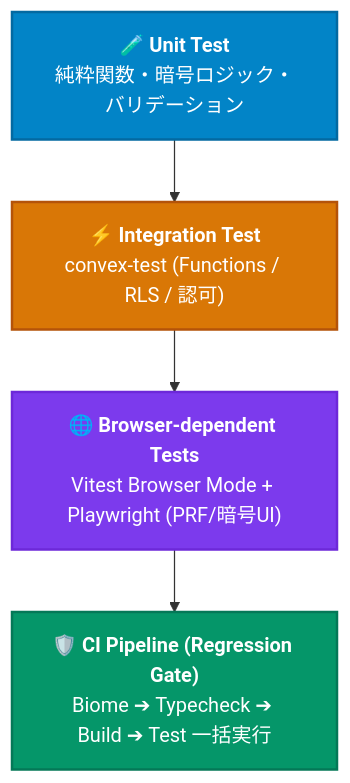
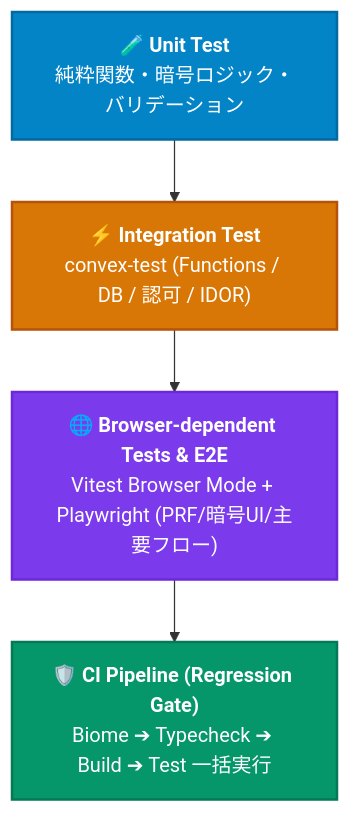
Before and after one commit to luthpg/poohma: the diagram in .docs/testing.md, drawn with Mermaid. The commit also changed other lines of this file and 5 other files, not shown here.

````diff
--- a/.docs/testing.md
+++ b/.docs/testing.md
@@ -9,16 +31,16 @@
 ```mermaid
 flowchart TD
     classDef unitNode fill:#0284c7,stroke:#0369a1,stroke-width:2px,color:#ffffff;
     classDef intNode fill:#d97706,stroke:#b45309,stroke-width:2px,color:#ffffff;
     classDef browserNode fill:#7c3aed,stroke:#6d28d9,stroke-width:2px,color:#ffffff;
     classDef ciNode fill:#059669,stroke:#047857,stroke-width:2px,color:#ffffff;
 
     Unit["🧪 <b>Unit Test</b><br/>純粋関数・暗号ロジック・バリデーション"]:::unitNode
-    Int["⚡ <b>Integration Test</b><br/>convex-test (Functions / RLS / 認可)"]:::intNode
-    Browser["🌐 <b>Browser-dependent Tests</b><br/>Vitest Browser Mode + Playwright (PRF/暗号UI)"]:::browserNode
+    Int["⚡ <b>Integration Test</b><br/>convex-test (Functions / DB / 認可 / IDOR)"]:::intNode
+    Browser["🌐 <b>Browser-dependent Tests & E2E</b><br/>Vitest Browser Mode + Playwright (PRF/暗号UI/主要フロー)"]:::browserNode
     CI["🛡️ <b>CI Pipeline (Regression Gate)</b><br/>Biome ➔ Typecheck ➔ Build ➔ Test 一括実行"]:::ciNode
 
     Unit --> Int
     Int --> Browser
     Browser --> CI
 ```
````
